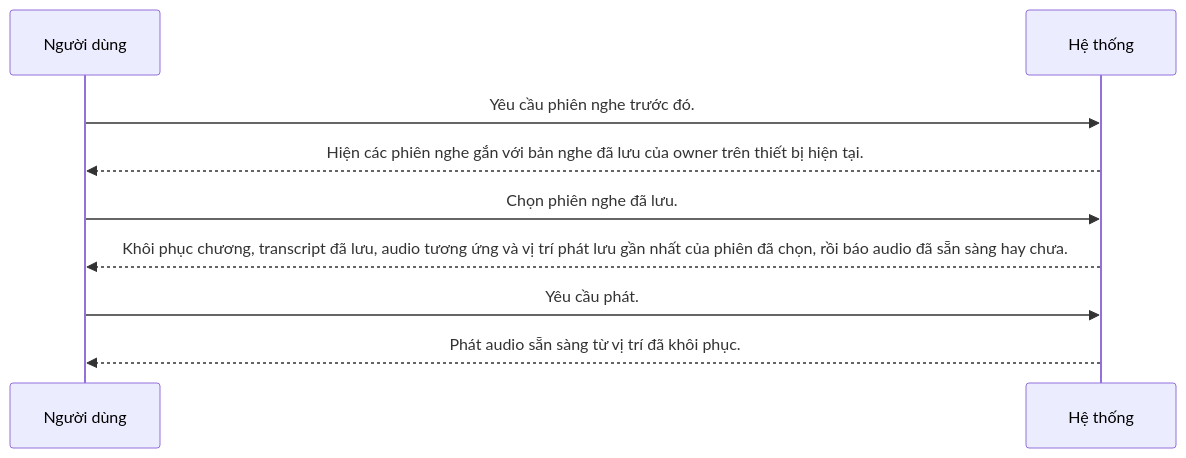
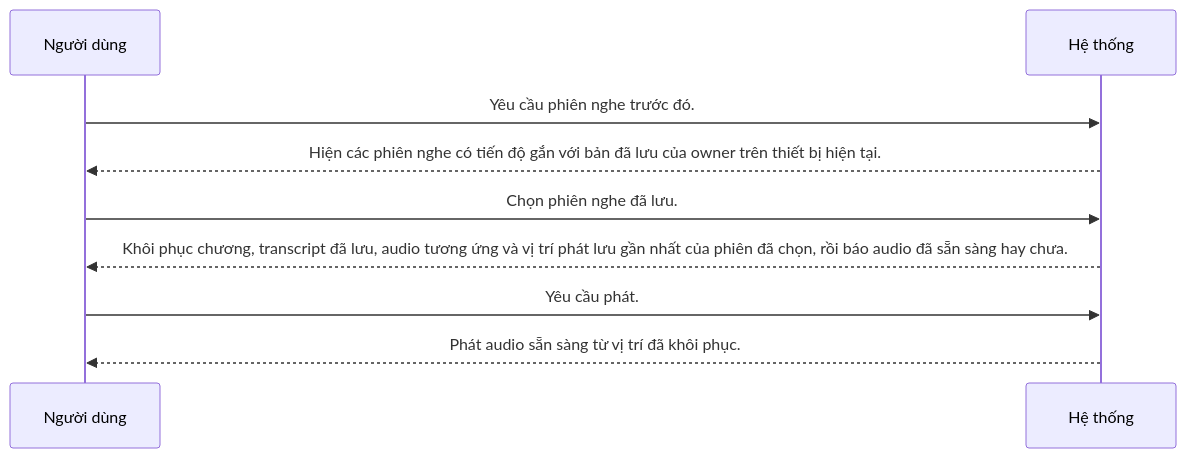
One commit to BuhDuy256/novsay changed the diagram in docs/spec/02-use-cases/UC-003.md. Above: the diagram before and after it, drawn with Mermaid. The commit also changed other lines of this file and 17 other files, not shown here.

````diff
--- a/docs/spec/02-use-cases/UC-003.md
+++ b/docs/spec/02-use-cases/UC-003.md
@@ -12,11 +12,11 @@
 ```mermaid
 sequenceDiagram
   participant U as Người dùng
   participant S as Hệ thống
   U->>S: Yêu cầu phiên nghe trước đó.
-  S-->>U: Hiện các phiên nghe gắn với bản nghe đã lưu của owner trên thiết bị hiện tại.
+  S-->>U: Hiện các phiên nghe có tiến độ gắn với bản đã lưu của owner trên thiết bị hiện tại.
   U->>S: Chọn phiên nghe đã lưu.
   S-->>U: Khôi phục chương, transcript đã lưu, audio tương ứng và vị trí phát lưu gần nhất của phiên đã chọn, rồi báo audio đã sẵn sàng hay chưa.
   U->>S: Yêu cầu phát.
   S-->>U: Phát audio sẵn sàng từ vị trí đã khôi phục.
 ```
````
